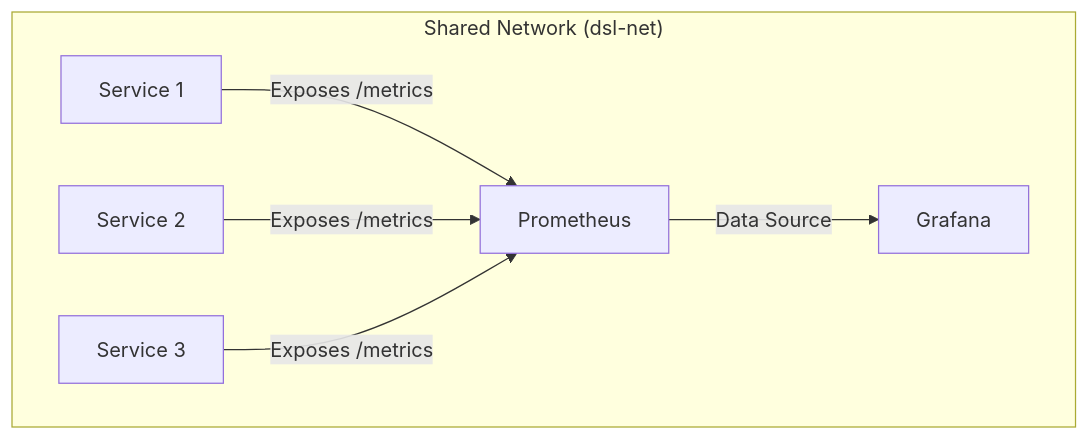
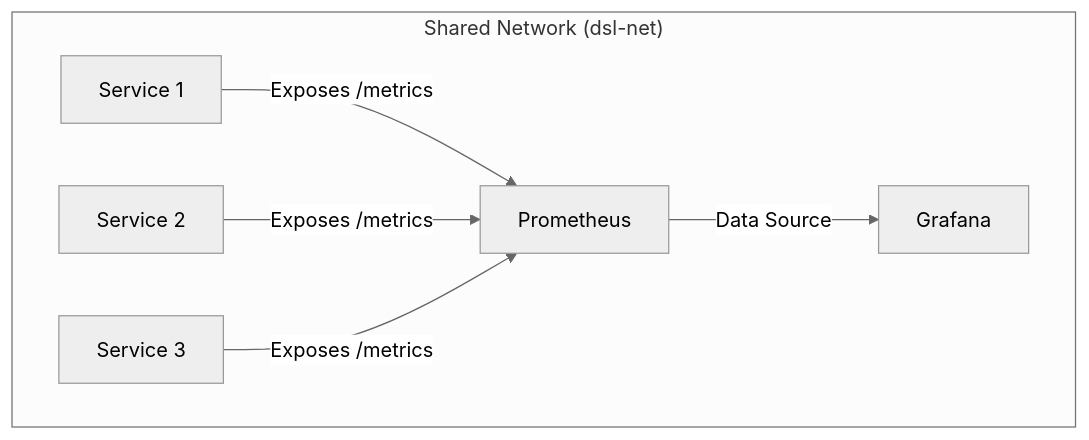
Before and after one commit to dakshing/distributed-systems-lab: the diagram in java/dsl-observability/README.md, drawn with Mermaid.

Commit message:
Enhance README with mermaid diagram
Added a mermaid diagram to illustrate the shared network architecture.

````diff
--- a/java/dsl-observability/README.md
+++ b/java/dsl-observability/README.md
@@ -13,16 +13,17 @@
 ```mermaid
+%%{init: {'theme': 'neutral'} }%%
 graph TD
     subgraph "Shared Network (dsl-net)"
         Service1[Service 1]
         Service2[Service 2]
         Service3[Service 3]
         
         Prometheus[Prometheus]
         Grafana[Grafana]
     end
 
     Service1 -- "Exposes /metrics" --> Prometheus
     Service2 -- "Exposes /metrics" --> Prometheus
     Service3 -- "Exposes /metrics" --> Prometheus
     Prometheus -- "Data Source" --> Grafana
 ```
````
